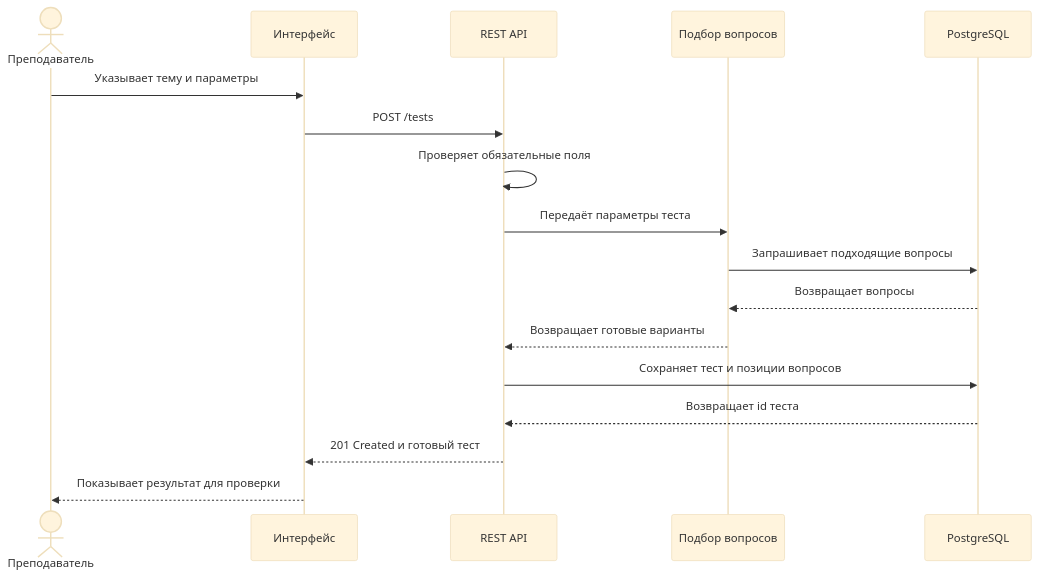
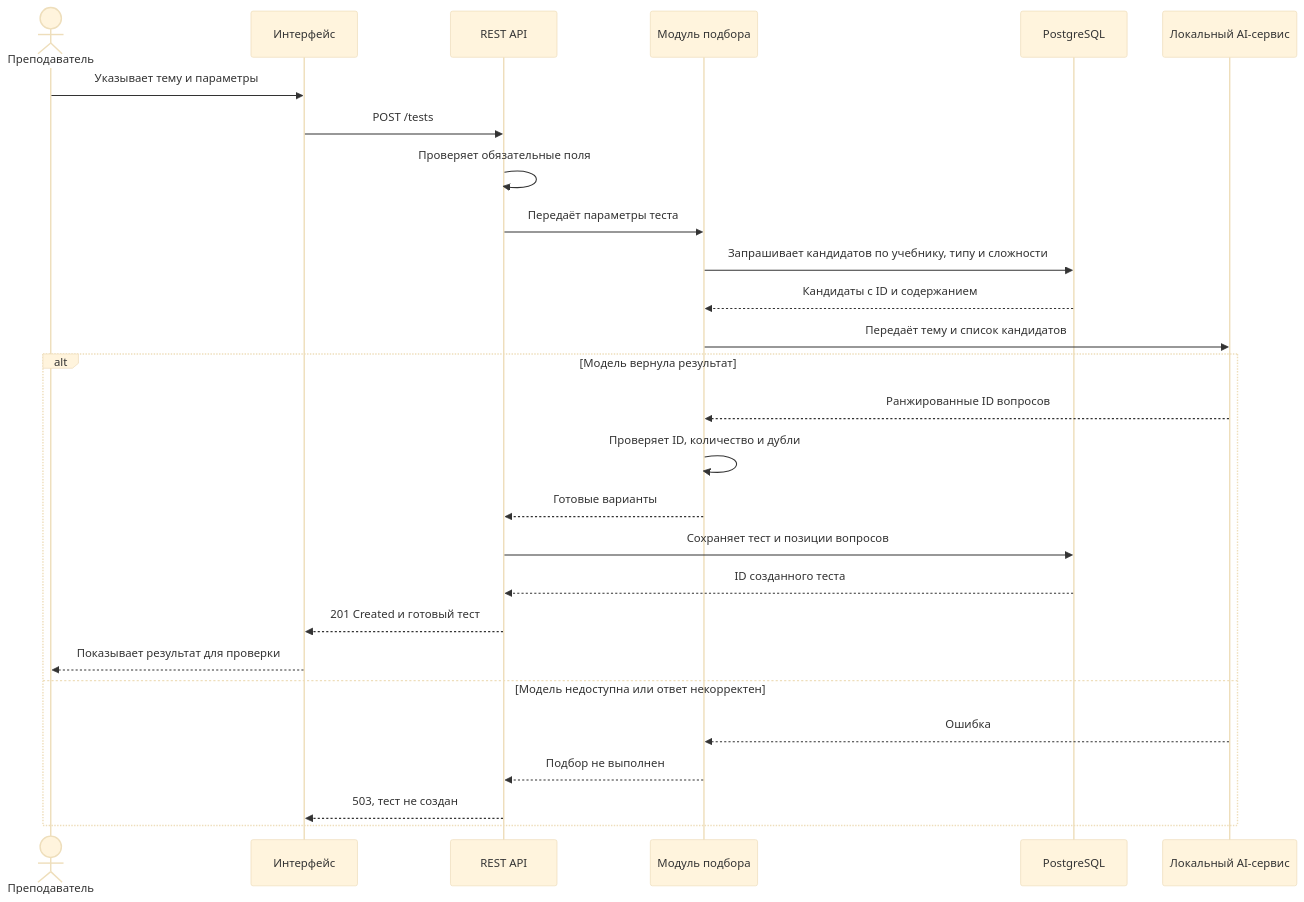
The third of 5 diagrams in technical-design.md (us6fu1/system-analysis), drawn with Mermaid (base theme) before and after one commit. The commit also changed other lines of this file and 6 other files, not shown here.

````diff
--- a/technical-design.md
+++ b/technical-design.md
@@ -100,20 +143,30 @@
 ```mermaid
 sequenceDiagram
     actor Teacher as Преподаватель
     participant UI as Интерфейс
     participant API as REST API
-    participant Selection as Подбор вопросов
+    participant Selection as Модуль подбора
     participant DB as PostgreSQL
+    participant AI as Локальный AI-сервис
 
     Teacher->>UI: Указывает тему и параметры
     UI->>API: POST /tests
     API->>API: Проверяет обязательные поля
     API->>Selection: Передаёт параметры теста
-    Selection->>DB: Запрашивает подходящие вопросы
-    DB-->>Selection: Возвращает вопросы
-    Selection-->>API: Возвращает готовые варианты
-    API->>DB: Сохраняет тест и позиции вопросов
-    DB-->>API: Возвращает id теста
-    API-->>UI: 201 Created и готовый тест
-    UI-->>Teacher: Показывает результат для проверки
+    Selection->>DB: Запрашивает кандидатов по учебнику, типу и сложности
+    DB-->>Selection: Кандидаты с ID и содержанием
+    Selection->>AI: Передаёт тему и список кандидатов
+    alt Модель вернула результат
+        AI-->>Selection: Ранжированные ID вопросов
+        Selection->>Selection: Проверяет ID, количество и дубли
+        Selection-->>API: Готовые варианты
+        API->>DB: Сохраняет тест и позиции вопросов
+        DB-->>API: ID созданного теста
+        API-->>UI: 201 Created и готовый тест
+        UI-->>Teacher: Показывает результат для проверки
+    else Модель недоступна или ответ некорректен
+        AI-->>Selection: Ошибка
+        Selection-->>API: Подбор не выполнен
+        API-->>UI: 503, тест не создан
+    end
 ```
````
